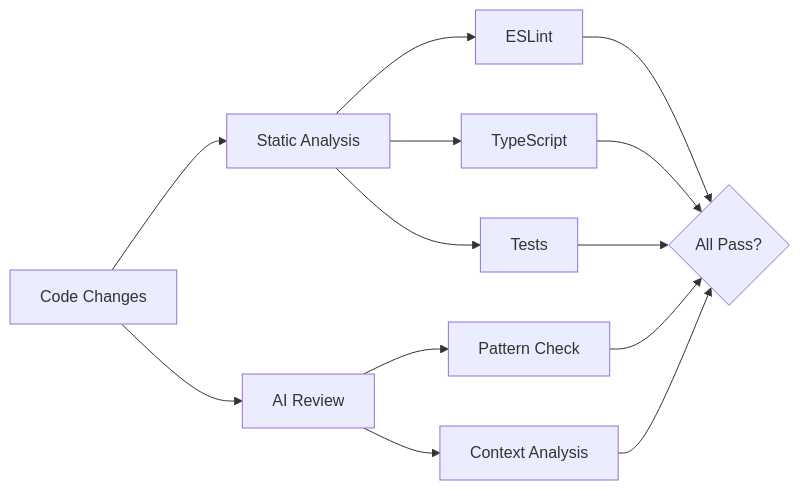
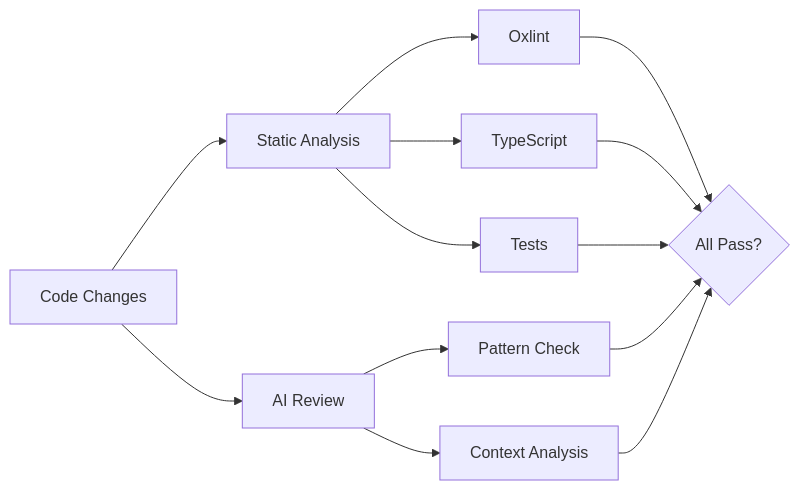
The second of 2 diagrams in docs/guides/ai-code-review.md (dragmakex/academitok), drawn with Mermaid before and after one commit. The commit also changed 18 other files, not shown here.

First line of the commit message:
refactor(lint): migrate from eslint to oxlint

````diff
--- a/docs/guides/ai-code-review.md
+++ b/docs/guides/ai-code-review.md
@@ -662,18 +662,18 @@
 ```mermaid
 graph LR
     Code[Code Changes] --> Static[Static Analysis]
     Code --> AI[AI Review]
 
-    Static --> ESLint
+    Static --> Oxlint
     Static --> TypeScript
     Static --> Tests
 
     AI --> Patterns[Pattern Check]
     AI --> Context[Context Analysis]
 
-    ESLint --> Pass{All Pass?}
+    Oxlint --> Pass{All Pass?}
     TypeScript --> Pass
     Tests --> Pass
     Patterns --> Pass
     Context --> Pass
 ```
````
